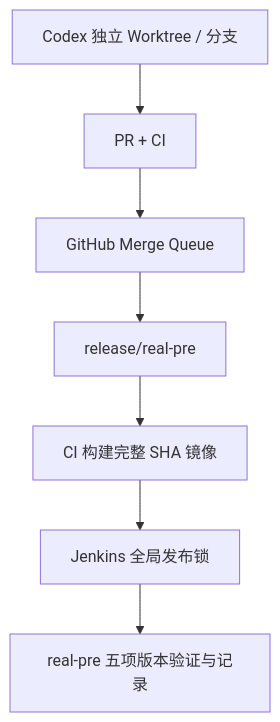
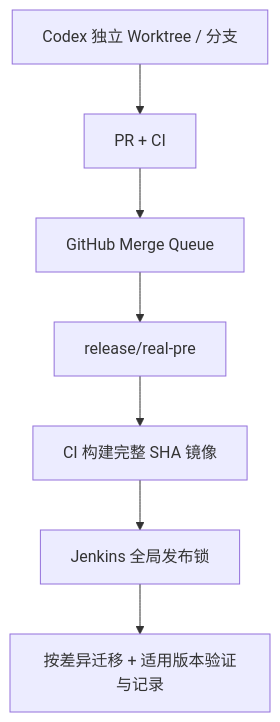
The diagram in docs/10-部署运行总览.md (laoliu-463/saas), drawn with Mermaid before and after one commit. The commit also changed other lines of this file and 14 other files, not shown here.

````diff
--- a/docs/10-部署运行总览.md
+++ b/docs/10-部署运行总览.md
@@ -10,9 +10,9 @@
 ```mermaid
 flowchart TD
     A["Codex 独立 Worktree / 分支"] --> B["PR + CI"]
     B --> C["GitHub Merge Queue"]
     C --> D["release/real-pre"]
     D --> E["CI 构建完整 SHA 镜像"]
     E --> F["Jenkins 全局发布锁"]
-    F --> G["real-pre 五项版本验证与记录"]
+    F --> G["按差异迁移 + 适用版本验证与记录"]
 ```
````
